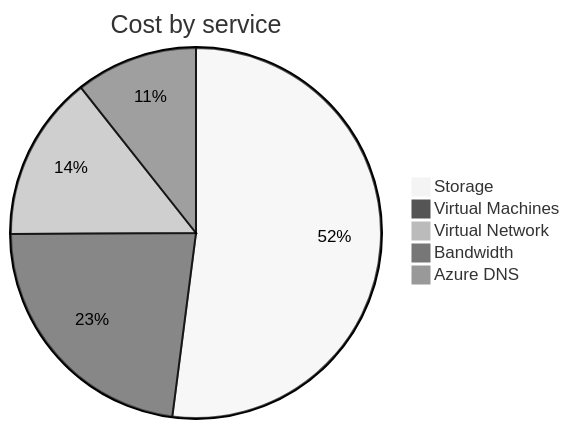
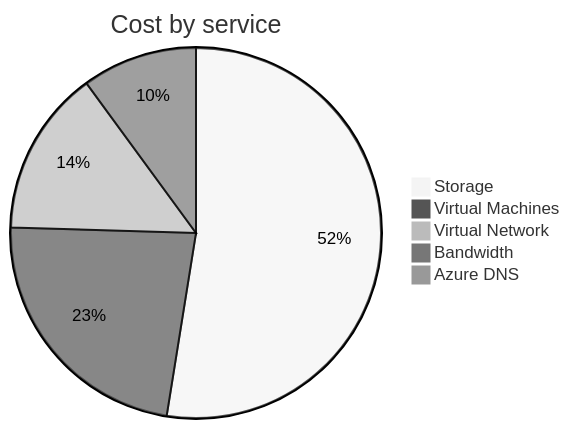
Before and after one commit to jpfulton/azure-personal-reports: the second of 4 diagrams in cost-reports/personal-network/README.md, drawn with Mermaid (neutral theme). The commit also changed other lines of this file and 8 other files, not shown here.

````diff
--- a/cost-reports/personal-network/README.md
+++ b/cost-reports/personal-network/README.md
@@ -97,9 +71,9 @@
 ```mermaid
 pie
    title Cost by service
-   "Storage" : 12.99
-   "Virtual Machines" : 5.71
-   "Virtual Network" : 3.60
+   "Storage" : 13.90
+   "Virtual Machines" : 6.07
+   "Virtual Network" : 3.83
    "Bandwidth" : 2.66
-   "Azure DNS" : 0.24
+   "Azure DNS" : 0.26
 ```
````
